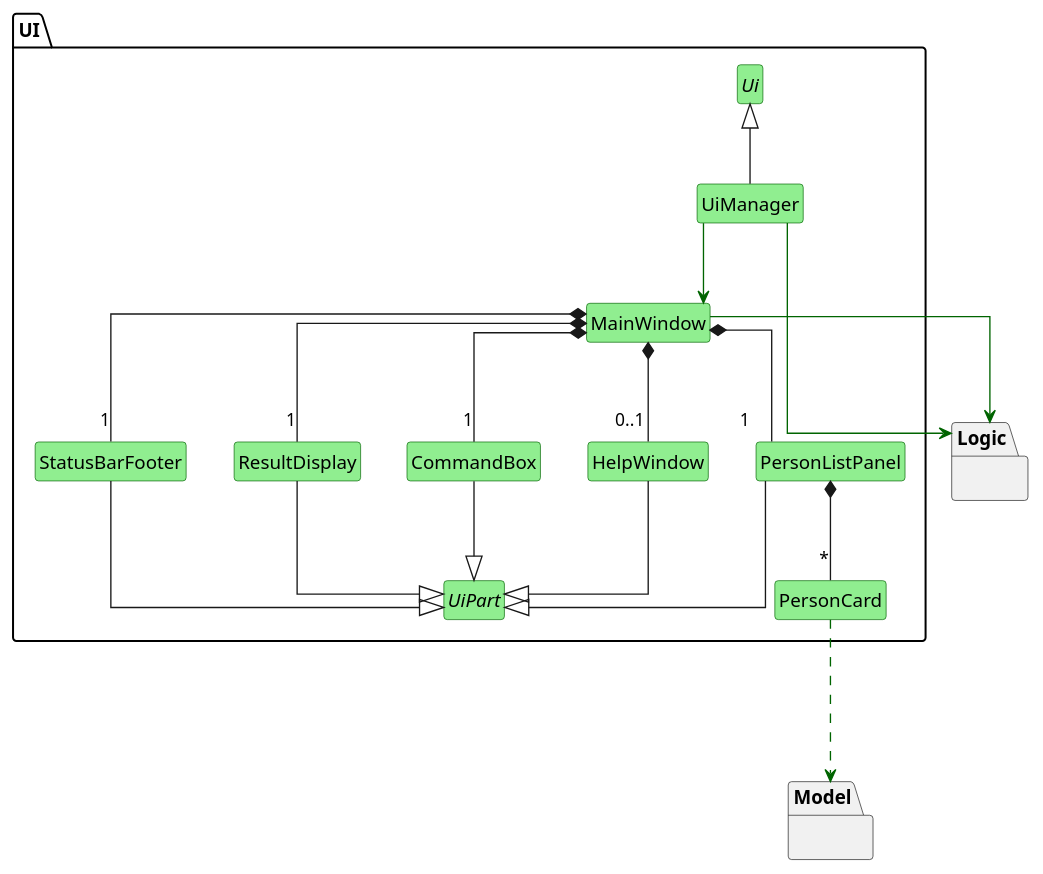
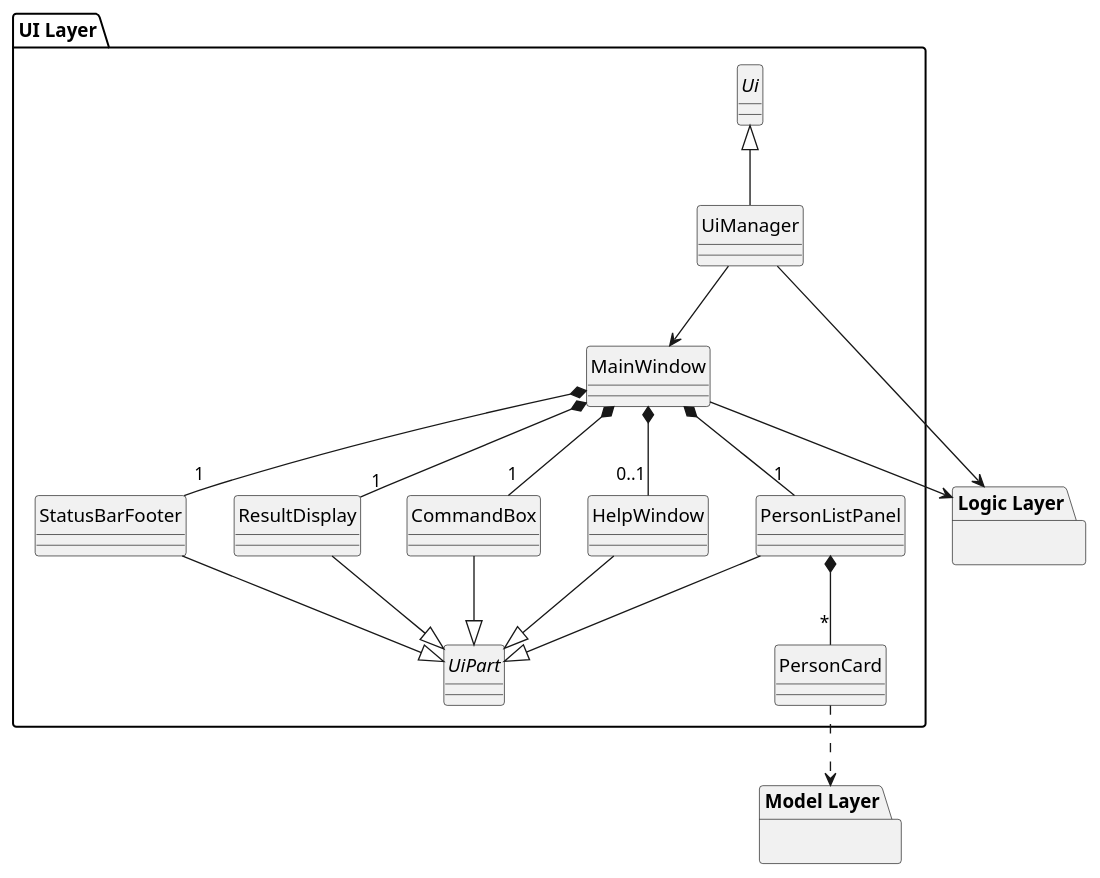
Before and after one commit to ziheng119/tp: the diagram in docs/UML/Ui.puml, drawn with PlantUML. The commit also changed 2 other files, not shown here.

Commit message:
Update interface labels

```diff
--- a/docs/UML/Ui.puml
+++ b/docs/UML/Ui.puml
@@ -1,53 +1,42 @@
 @startuml
 hide circle
-hide members
 
-skinparam componentStyle rectangle
-skinparam classAttributeIconSize 0
-skinparam linetype ortho
-skinparam class {
-    BackgroundColor<<interface>> LightGreen
-    BackgroundColor<<abstract>> LightGreen
-    BackgroundColor LightGreen
-    BorderColor DarkGreen
+package "Logic Layer" as Logic {
 }
 
-package Logic {
+package "Model Layer" as Model {
 }
 
-package Model {
-}
-
-package UI {
+package "UI Layer" as UI {
     interface Ui
     class UiManager
     class MainWindow
     class StatusBarFooter
     class ResultDisplay
     class CommandBox
     class HelpWindow
     class PersonListPanel
     class PersonCard
     abstract class UiPart
 
     Ui <|-- UiManager
-    UiManager -[#darkgreen]-> "Logic"
-    UiManager -[#darkgreen]-> "MainWindow"
-    MainWindow -[#darkgreen]-> "Logic"
-    PersonCard ..[#darkgreen]-> "Model"
+    UiManager --> Logic
+    UiManager --> MainWindow
+    MainWindow --> Logic
+    PersonCard ..> Model
 
     MainWindow *-- "1" StatusBarFooter
     MainWindow *-- "1" ResultDisplay
     MainWindow *-- "1" CommandBox
     MainWindow *-- "0..1" HelpWindow
     MainWindow *-- "1" PersonListPanel
     PersonListPanel *-- "*" PersonCard
 
     StatusBarFooter --|> UiPart
     ResultDisplay --|> UiPart
     CommandBox --|> UiPart
     HelpWindow --|> UiPart
     PersonListPanel --|> UiPart
 }
 
 @enduml
```
